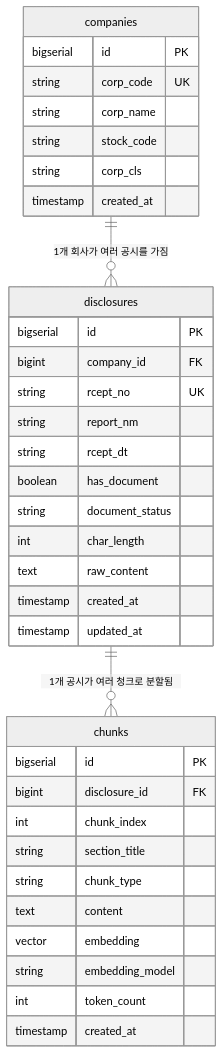
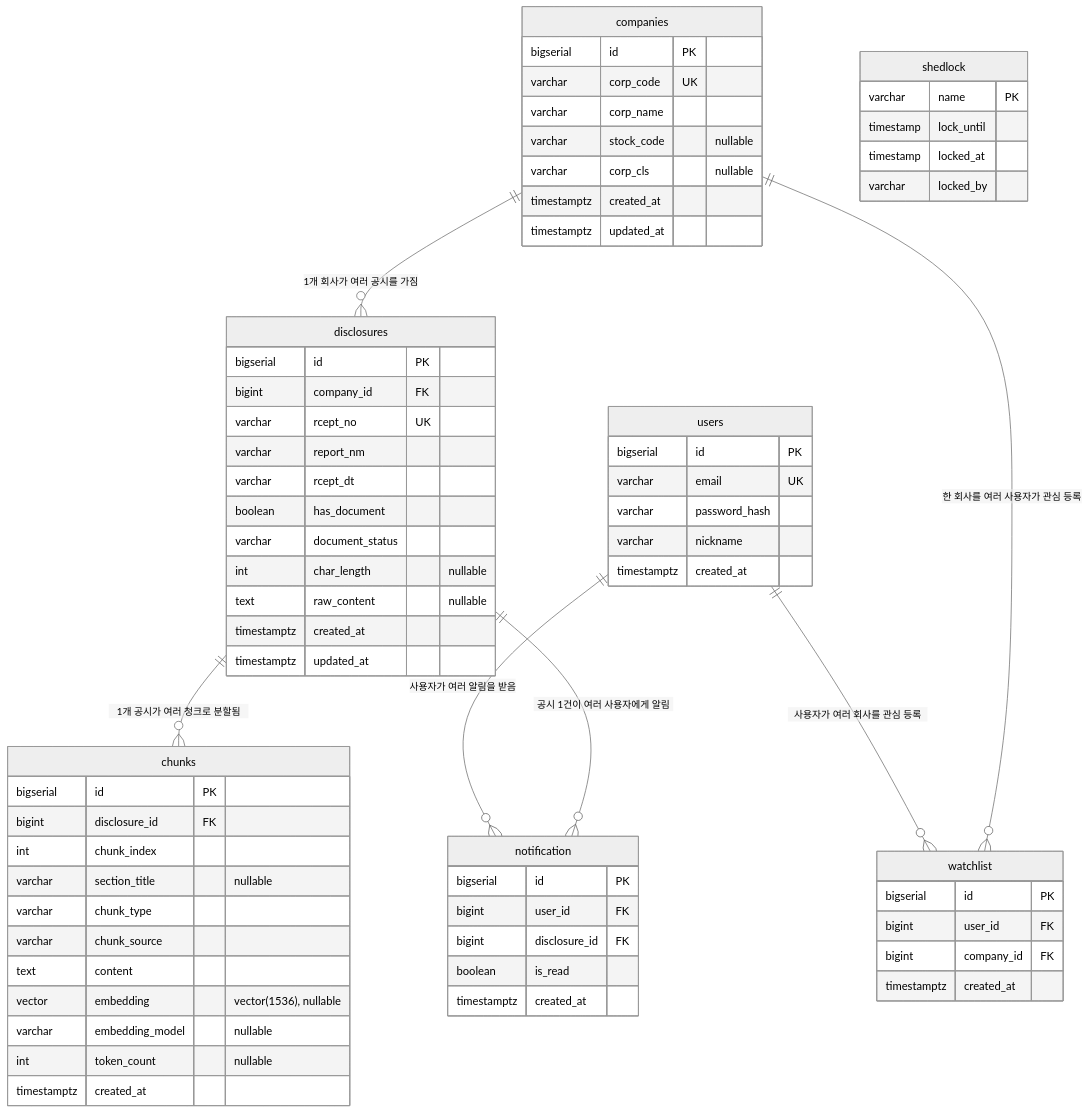
One commit to juyoon0423/insight-stock changed the diagram in docs/erd.md. Above: the diagram before and after it, drawn with Mermaid (neutral theme). The commit also changed other lines of this file and 4 other files, not shown here.

First line of the commit message:
docs: erd.md를 실제 스키마에 맞게 재작성하고 미해결 백로그 정리

````diff
--- a/docs/erd.md
+++ b/docs/erd.md
@@ -31,41 +21,77 @@
 ```mermaid
 erDiagram
     companies ||--o{ disclosures : "1개 회사가 여러 공시를 가짐"
     disclosures ||--o{ chunks : "1개 공시가 여러 청크로 분할됨"
+    users ||--o{ watchlist : "사용자가 여러 회사를 관심 등록"
+    companies ||--o{ watchlist : "한 회사를 여러 사용자가 관심 등록"
+    users ||--o{ notification : "사용자가 여러 알림을 받음"
+    disclosures ||--o{ notification : "공시 1건이 여러 사용자에게 알림"
 
     companies {
         bigserial id PK
-        string corp_code UK
-        string corp_name
-        string stock_code
-        string corp_cls
-        timestamp created_at
+        varchar corp_code UK
+        varchar corp_name
+        varchar stock_code "nullable"
+        varchar corp_cls "nullable"
+        timestamptz created_at
+        timestamptz updated_at
     }
 
     disclosures {
         bigserial id PK
         bigint company_id FK
-        string rcept_no UK
-        string report_nm
-        string rcept_dt
+        varchar rcept_no UK
+        varchar report_nm
+        varchar rcept_dt
         boolean has_document
-        string document_status
-        int char_length
-        text raw_content
-        timestamp created_at
-        timestamp updated_at
+        varchar document_status
+        int char_length "nullable"
+        text raw_content "nullable"
+        timestamptz created_at
+        timestamptz updated_at
     }
 
     chunks {
         bigserial id PK
         bigint disclosure_id FK
         int chunk_index
-        string section_title
-        string chunk_type
+        varchar section_title "nullable"
+        varchar chunk_type
+        varchar chunk_source
         text content
-        vector embedding
-        string embedding_model
-        int token_count
-        timestamp created_at
+        vector embedding "vector(1536), nullable"
+        varchar embedding_model "nullable"
+        int token_count "nullable"
+        timestamptz created_at
+    }
+
+    users {
+        bigserial id PK
+        varchar email UK
+        varchar password_hash
+        varchar nickname
+        timestamptz created_at
+    }
+
+    watchlist {
+        bigserial id PK
+        bigint user_id FK
+        bigint company_id FK
+        timestamptz created_at
+    }
+
+    notification {
+        bigserial id PK
+        bigint user_id FK
+        bigint disclosure_id FK
+        boolean is_read
+        timestamptz created_at
+    }
+
+    shedlock {
+        varchar name PK
+        timestamp lock_until
+        timestamp locked_at
+        varchar locked_by
     }
 ```
````
